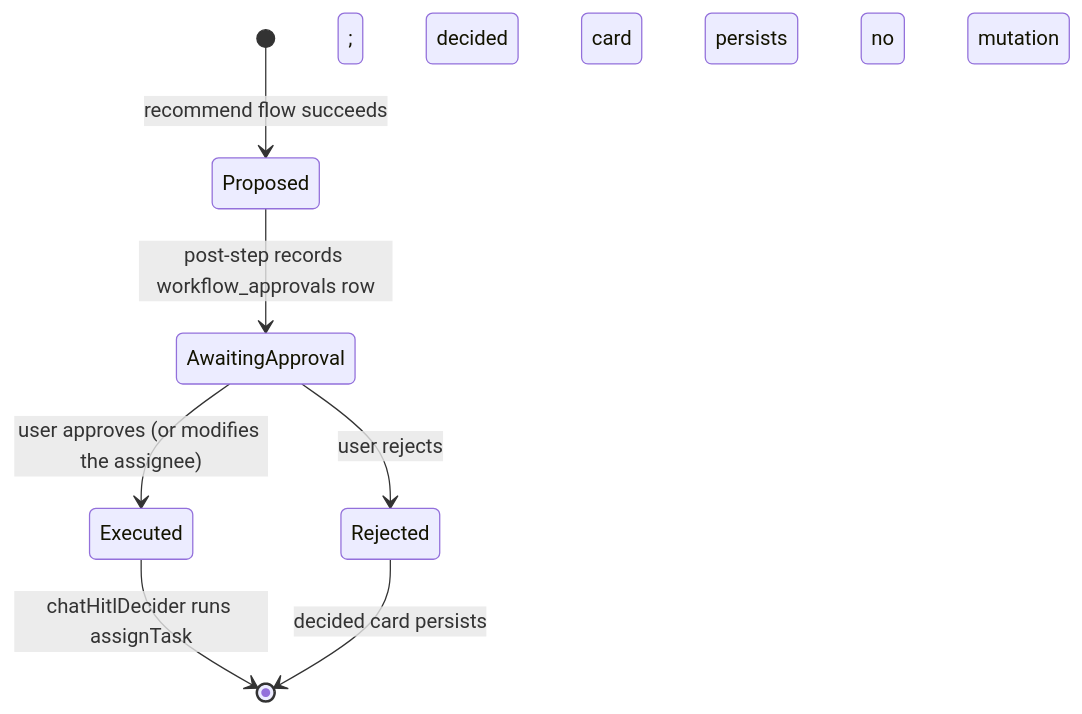
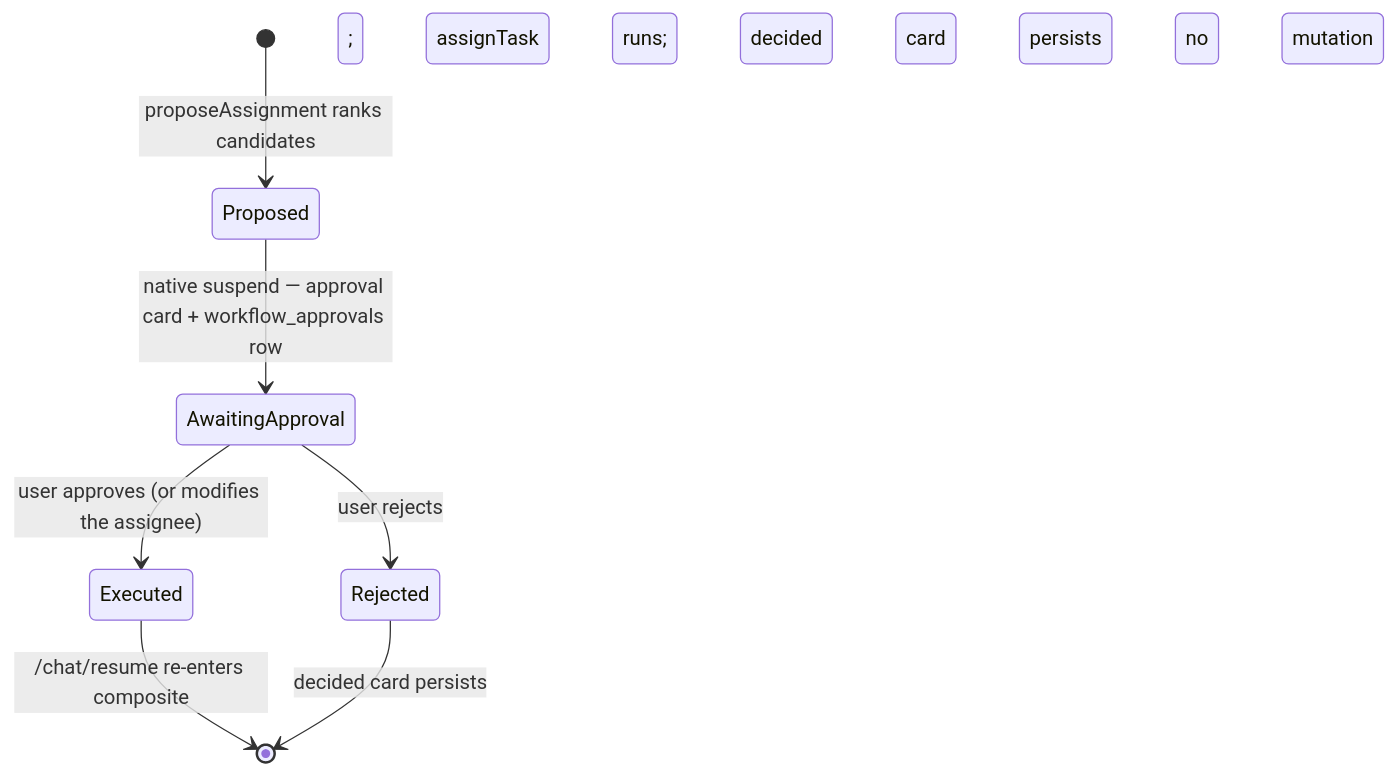
Before and after one commit to Seta-International/agent-platform: the fourth of 8 diagrams in docs/agent/architecture.md, drawn with Mermaid. The commit also changed other lines of this file and 7 other files, not shown here.

First line of the commit message:
docs(platform): FUT-000 sync architecture docs to current module map + chat runtime

````diff
--- a/docs/agent/architecture.md
+++ b/docs/agent/architecture.md
@@ -229,9 +231,9 @@
 ```mermaid
 stateDiagram-v2
-    [*] --> Proposed: recommend flow succeeds
-    Proposed --> AwaitingApproval: post-step records workflow_approvals row
+    [*] --> Proposed: proposeAssignment ranks candidates
+    Proposed --> AwaitingApproval: native suspend — approval card + workflow_approvals row
     AwaitingApproval --> Executed: user approves (or modifies the assignee)
     AwaitingApproval --> Rejected: user rejects
-    Executed --> [*]: chatHitlDecider runs assignTask; decided card persists
+    Executed --> [*]: /chat/resume re-enters composite; assignTask runs; decided card persists
     Rejected --> [*]: decided card persists; no mutation
 ```
````
